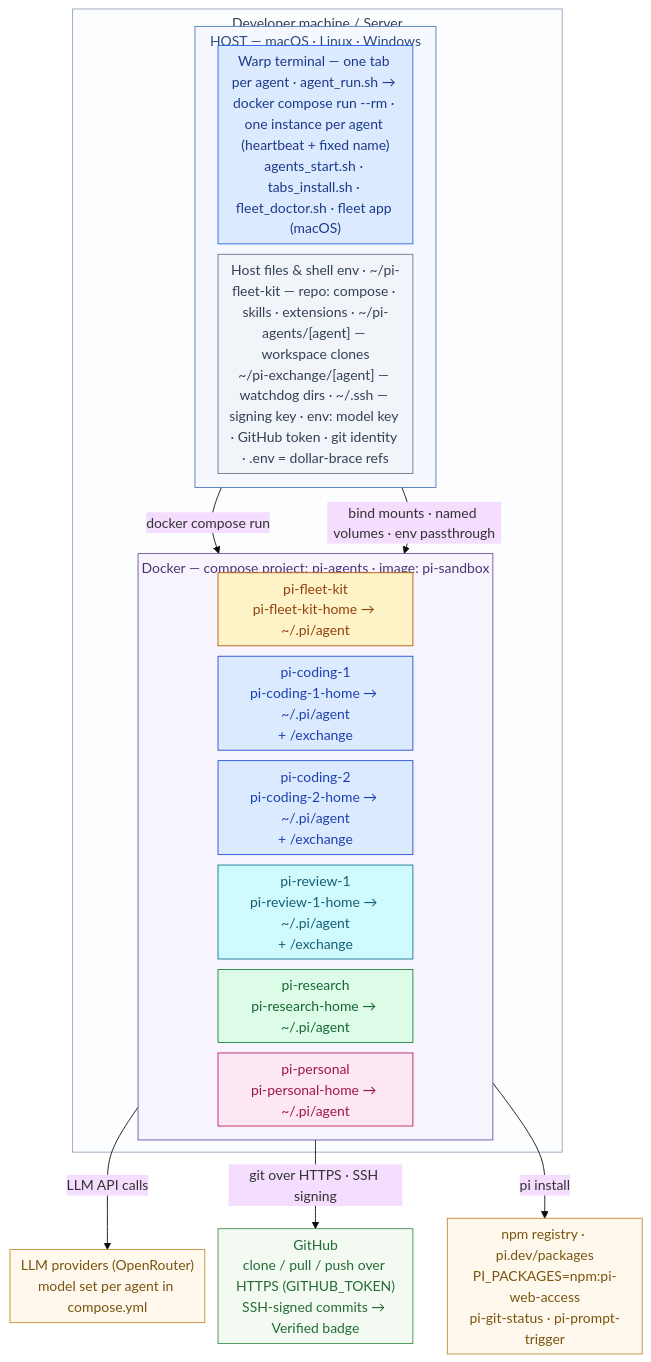
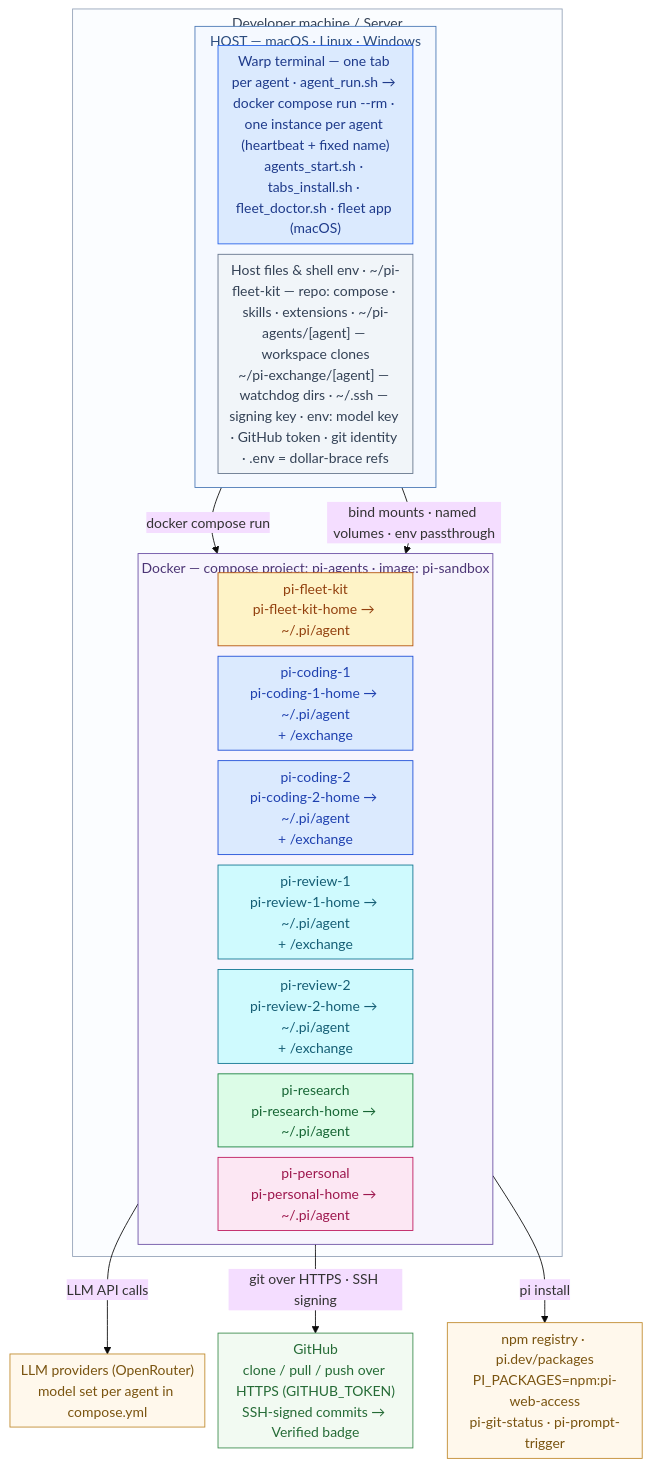
The diagram in README.md (didier-durand/pi-fleet-kit), drawn with Mermaid (base theme) before and after one commit. The commit also changed other lines of this file and 6 other files, not shown here.

First line of the commit message:
Add second review agent pi-review-2 (compose, Warp, docs)

````diff
--- a/README.md
+++ b/README.md
@@ -102,52 +103,54 @@
 ```mermaid
 %%{init: {"flowchart": {"nodeSpacing": 12, "rankSpacing": 28, "padding": 6, "diagramPadding": 8, "subGraphTitleMargin": {"top": 4, "bottom": 2}}}}%%
 flowchart TB
   subgraph MACHINE["Developer machine / Server"]
     subgraph HOST["HOST — macOS · Linux · Windows"]
     direction LR
     WARP["Warp terminal — one tab per agent · agent_run.sh → docker compose run --rm · one instance per agent (heartbeat + fixed name)<br/>agents_start.sh · tabs_install.sh · fleet_doctor.sh · fleet app (macOS)"]
     FILES["Host files & shell env · ~/pi-fleet-kit — repo: compose · skills · extensions · ~/pi-agents/[agent] — workspace clones<br/>~/pi-exchange/[agent] — watchdog dirs · ~/.ssh — signing key · env: model key · GitHub token · git identity · .env = dollar-brace refs"]
   end
   subgraph DOCKER["Docker — compose project: pi-agents · image: pi-sandbox"]
     direction LR
     FLEET["pi-fleet-kit<br/>pi-fleet-kit-home → ~/.pi/agent"]
     CODING["pi-coding-1<br/>pi-coding-1-home → ~/.pi/agent<br/>+ /exchange"]
     CODING2["pi-coding-2<br/>pi-coding-2-home → ~/.pi/agent<br/>+ /exchange"]
     REVIEW["pi-review-1<br/>pi-review-1-home → ~/.pi/agent<br/>+ /exchange"]
+    REVIEW2["pi-review-2<br/>pi-review-2-home → ~/.pi/agent<br/>+ /exchange"]
     RESEARCH["pi-research<br/>pi-research-home → ~/.pi/agent"]
     PERSONAL["pi-personal<br/>pi-personal-home → ~/.pi/agent"]
   end
   end
   LLM["LLM providers (OpenRouter)<br/>model set per agent in compose.yml"]
   GH["GitHub<br/>clone / pull / push over HTTPS (GITHUB_TOKEN)<br/>SSH-signed commits → Verified badge"]
   NPM["npm registry · pi.dev/packages<br/>PI_PACKAGES=npm:pi-web-access<br/>pi-git-status · pi-prompt-trigger"]
   HOST -->|"docker compose run"| DOCKER
   HOST -->|"bind mounts · named volumes · env passthrough"| DOCKER
   DOCKER -->|"LLM API calls"| LLM
   DOCKER -->|"git over HTTPS · SSH signing"| GH
   DOCKER -->|"pi install"| NPM
   classDef warp fill:#DBEAFE,stroke:#2563EB,color:#1E3A8A
   classDef files fill:#F1F5F9,stroke:#64748B,color:#334155
   classDef yellow fill:#FEF3C7,stroke:#B45309,color:#92400E
   classDef blue fill:#DBEAFE,stroke:#1D4ED8,color:#1E40AF
   classDef cyan fill:#CFFAFE,stroke:#0E7490,color:#155E75
   classDef green fill:#DCFCE7,stroke:#15803D,color:#166534
   classDef magenta fill:#FCE7F3,stroke:#BE185D,color:#9D174D
   classDef llm fill:#FFF8EC,stroke:#C08A2D,color:#7A5410
   classDef gh fill:#F2FAF2,stroke:#3C8C4E,color:#256B36
   classDef npm fill:#FFF8EC,stroke:#C08A2D,color:#7A5410
   class WARP warp
   class FILES files
   class FLEET yellow
   class CODING blue
   class CODING2 blue
   class REVIEW cyan
+  class REVIEW2 cyan
   class RESEARCH green
   class PERSONAL magenta
   class LLM llm
   class GH gh
   class NPM npm
   style HOST fill:#F5F9FF,stroke:#4A78B5,color:#2B4C7E
   style DOCKER fill:#F7F4FD,stroke:#6A4FA3,color:#4C3575
   style MACHINE fill:#FBFDFF,stroke:#94A3B8,color:#334155
 ```
````
